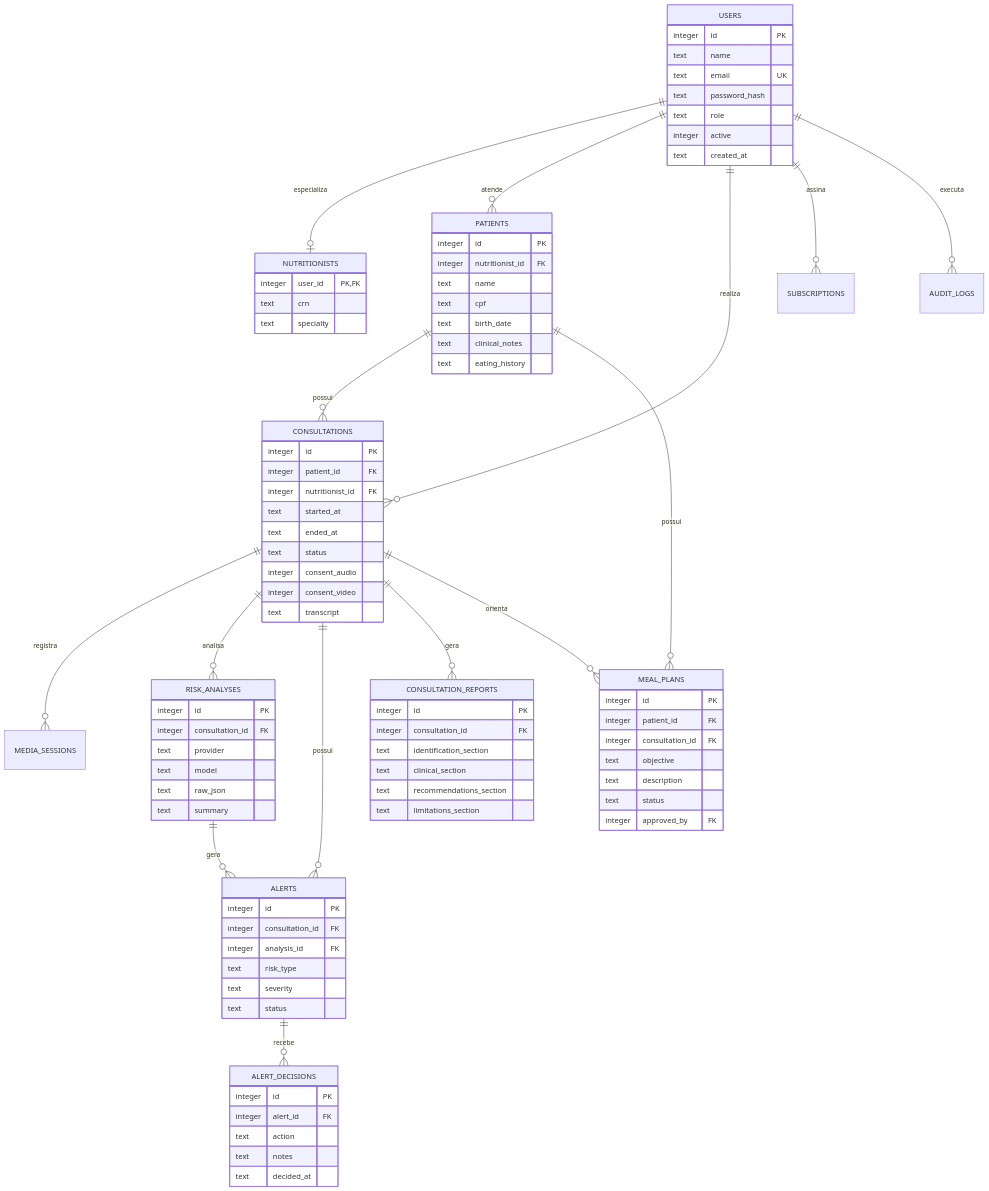
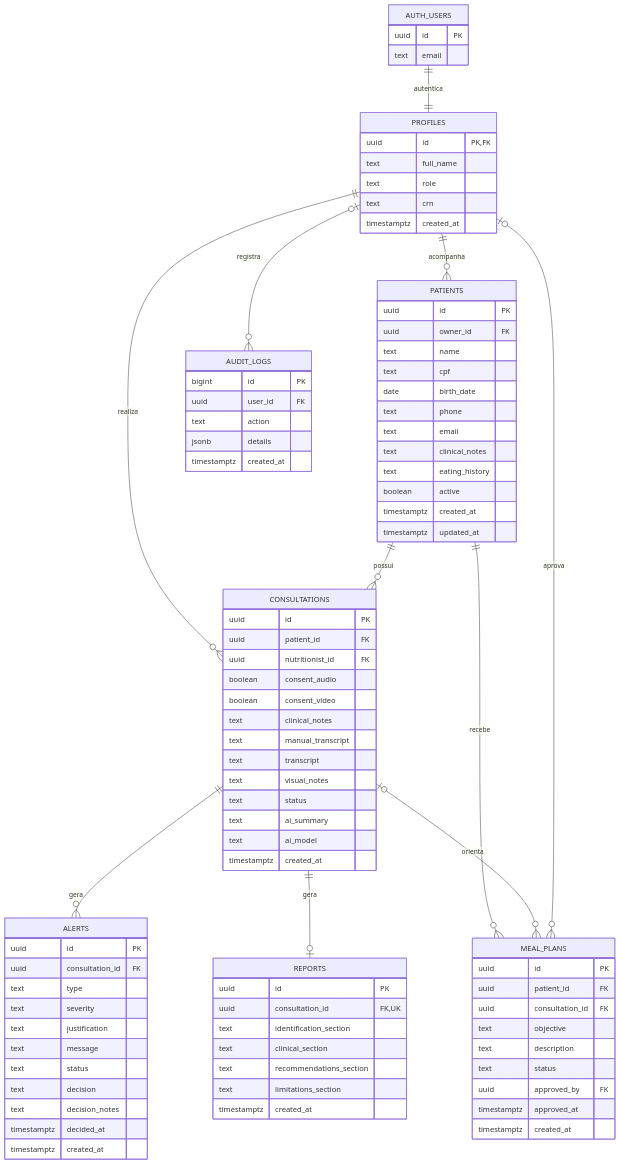
Before and after one commit to karlitus222/nutrimind-mvp-desktop: the diagram in docs/DER.md, drawn with Mermaid. The commit also changed other lines of this file and 2 other files, not shown here.

Commit message:
docs: update architecture diagrams

````diff
--- a/docs/DER.md
+++ b/docs/DER.md
@@ -3,100 +7,101 @@
 ```mermaid
 erDiagram
-    USERS ||--o| NUTRITIONISTS : especializa
-    USERS ||--o{ PATIENTS : atende
-    USERS ||--o{ CONSULTATIONS : realiza
+    AUTH_USERS ||--|| PROFILES : autentica
+    PROFILES ||--o{ PATIENTS : acompanha
+    PROFILES ||--o{ CONSULTATIONS : realiza
     PATIENTS ||--o{ CONSULTATIONS : possui
-    CONSULTATIONS ||--o{ MEDIA_SESSIONS : registra
-    CONSULTATIONS ||--o{ RISK_ANALYSES : analisa
-    RISK_ANALYSES ||--o{ ALERTS : gera
-    CONSULTATIONS ||--o{ ALERTS : possui
-    ALERTS ||--o{ ALERT_DECISIONS : recebe
-    CONSULTATIONS ||--o{ CONSULTATION_REPORTS : gera
-    PATIENTS ||--o{ MEAL_PLANS : possui
-    CONSULTATIONS ||--o{ MEAL_PLANS : orienta
-    USERS ||--o{ SUBSCRIPTIONS : assina
-    USERS ||--o{ AUDIT_LOGS : executa
+    CONSULTATIONS ||--o{ ALERTS : gera
+    CONSULTATIONS ||--o| REPORTS : gera
+    PATIENTS ||--o{ MEAL_PLANS : recebe
+    CONSULTATIONS o|--o{ MEAL_PLANS : orienta
+    PROFILES o|--o{ MEAL_PLANS : aprova
+    PROFILES o|--o{ AUDIT_LOGS : registra
 
-    USERS {
-        integer id PK
-        text name
-        text email UK
-        text password_hash
-        text role
-        integer active
-        text created_at
+    AUTH_USERS {
+        uuid id PK
+        text email
     }
 
-    NUTRITIONISTS {
-        integer user_id PK,FK
+    PROFILES {
+        uuid id PK,FK
+        text full_name
+        text role
         text crn
-        text specialty
+        timestamptz created_at
     }
 
     PATIENTS {
-        integer id PK
-        integer nutritionist_id FK
+        uuid id PK
+        uuid owner_id FK
         text name
         text cpf
-        text birth_date
+        date birth_date
+        text phone
+        text email
         text clinical_notes
         text eating_history
+        boolean active
+        timestamptz created_at
+        timestamptz updated_at
     }
 
     CONSULTATIONS {
-        integer id PK
-        integer patient_id FK
-        integer nutritionist_id FK
-        text started_at
-        text ended_at
+        uuid id PK
+        uuid patient_id FK
+        uuid nutritionist_id FK
+        boolean consent_audio
+        boolean consent_video
+        text clinical_notes
+        text manual_transcript
+        text transcript
+        text visual_notes
         text status
-        integer consent_audio
-        integer consent_video
-        text transcript
-    }
-
-    RISK_ANALYSES {
-        integer id PK
-        integer consultation_id FK
-        text provider
-        text model
-        text raw_json
-        text summary
+        text ai_summary
+        text ai_model
+        timestamptz created_at
     }
 
     ALERTS {
-        integer id PK
-        integer consultation_id FK
-        integer analysis_id FK
-        text risk_type
+        uuid id PK
+        uuid consultation_id FK
+        text type
         text severity
+        text justification
+        text message
         text status
+        text decision
+        text decision_notes
+        timestamptz decided_at
+        timestamptz created_at
     }
 
-    ALERT_DECISIONS {
-        integer id PK
-        integer alert_id FK
-        text action
-        text notes
-        text decided_at
-    }
-
-    CONSULTATION_REPORTS {
-        integer id PK
-        integer consultation_id FK
+    REPORTS {
+        uuid id PK
+        uuid consultation_id FK,UK
         text identification_section
         text clinical_section
         text recommendations_section
         text limitations_section
+        timestamptz created_at
     }
 
     MEAL_PLANS {
-        integer id PK
-        integer patient_id FK
-        integer consultation_id FK
+        uuid id PK
+        uuid patient_id FK
+        uuid consultation_id FK
         text objective
         text description
         text status
-        integer approved_by FK
+        uuid approved_by FK
+        timestamptz approved_at
+        timestamptz created_at
+    }
+
+    AUDIT_LOGS {
+        bigint id PK
+        uuid user_id FK
+        text action
+        jsonb details
+        timestamptz created_at
     }
 ```
````
